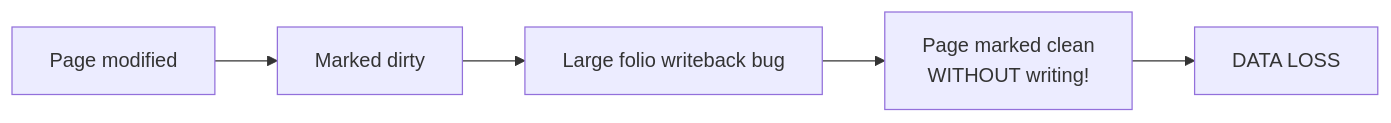
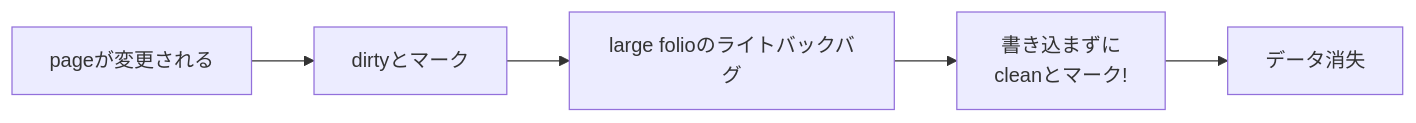
Diagram 15 of 15 in docs/mm/life-of-page.md (doguto/linux-kernel-internals-jp), drawn with Mermaid before and after one commit. The commit also changed other lines of this file and 27 other files, not shown here.

````diff
--- a/docs/mm/life-of-page.md
+++ b/docs/mm/life-of-page.md
@@ -602,7 +608,7 @@
 ```mermaid
 flowchart LR
-    A["Page modified"] --> B["Marked dirty"]
-    B --> C["Large folio writeback bug"]
-    C --> D["Page marked clean<br/>WITHOUT writing!"]
-    D --> E["DATA LOSS"]
+    A["pageが変更される"] --> B["dirtyとマーク"]
+    B --> C["large folioのライトバックバグ"]
+    C --> D["書き込まずに<br/>cleanとマーク!"]
+    D --> E["データ消失"]
 ```
````
